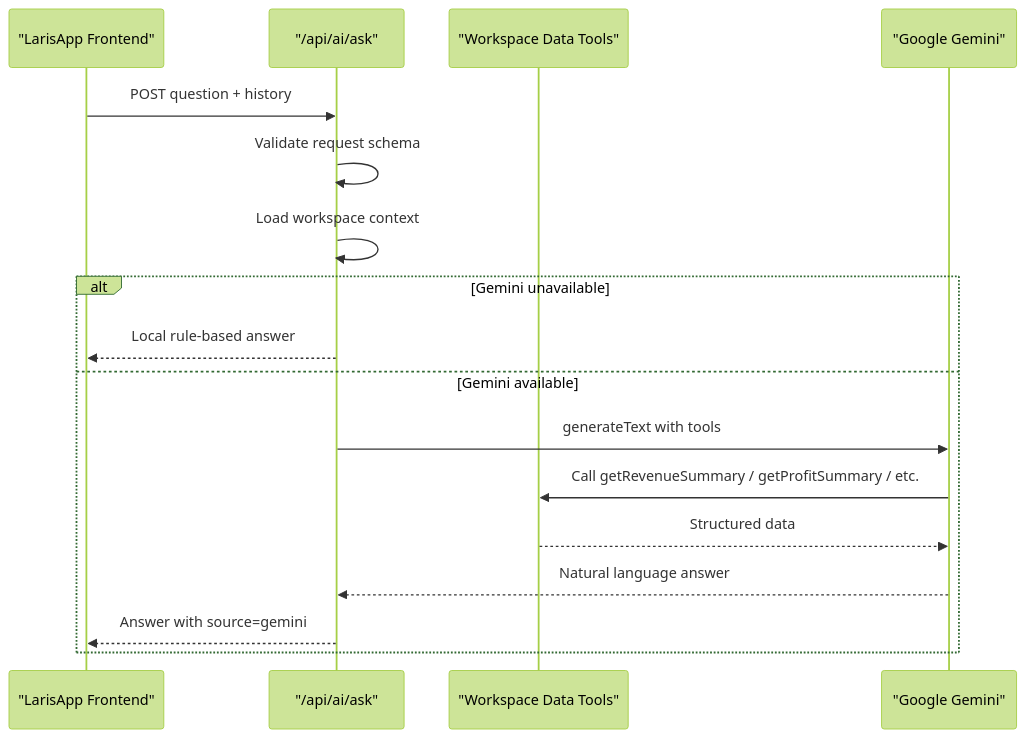
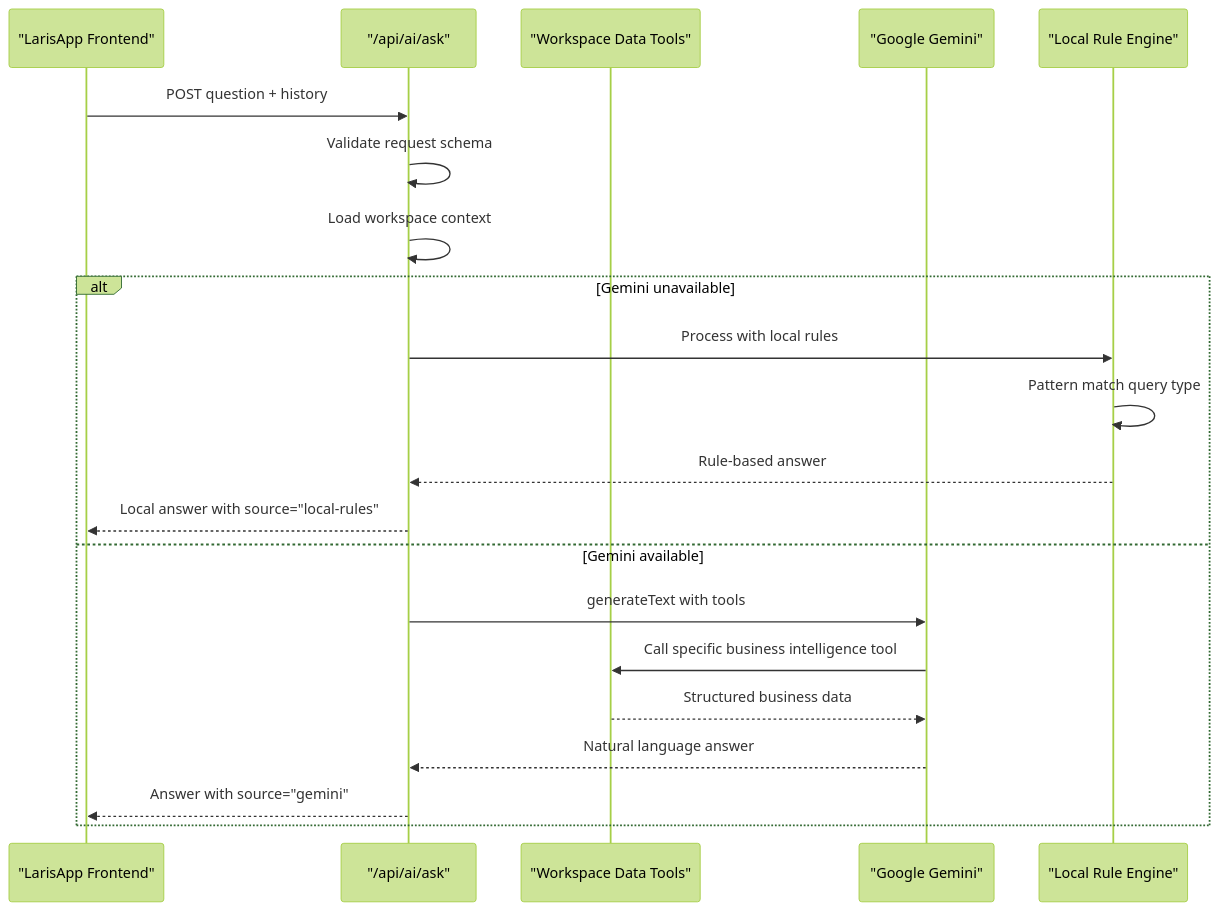
The seventh of 8 diagrams in .qoder/repowiki/en/content/Voice and AI Features/Voice and AI Features.md (aarz24/Laris_HackathonGTNIC2026), drawn with Mermaid (forest theme) before and after one commit. The commit also changed other lines of this file and 58 other files, not shown here.

````diff
--- a/.qoder/repowiki/en/content/Voice and AI Features/Voice and AI Features.md
+++ b/.qoder/repowiki/en/content/Voice and AI Features/Voice and AI Features.md
@@ -318,19 +365,23 @@
 ```mermaid
 sequenceDiagram
 participant Client as "LarisApp Frontend"
 participant AskRoute as "/api/ai/ask"
 participant Tools as "Workspace Data Tools"
 participant Gemini as "Google Gemini"
+participant LocalRules as "Local Rule Engine"
 Client->>AskRoute : POST question + history
 AskRoute->>AskRoute : Validate request schema
 AskRoute->>AskRoute : Load workspace context
 alt Gemini unavailable
-AskRoute-->>Client : Local rule-based answer
+AskRoute->>LocalRules : Process with local rules
+LocalRules->>LocalRules : Pattern match query type
+LocalRules-->>AskRoute : Rule-based answer
+AskRoute-->>Client : Local answer with source="local-rules"
 else Gemini available
 AskRoute->>Gemini : generateText with tools
-Gemini->>Tools : Call getRevenueSummary / getProfitSummary / etc.
-Tools-->>Gemini : Structured data
+Gemini->>Tools : Call specific business intelligence tool
+Tools-->>Gemini : Structured business data
 Gemini-->>AskRoute : Natural language answer
-AskRoute-->>Client : Answer with source=gemini
+AskRoute-->>Client : Answer with source="gemini"
 end
 ```
````
